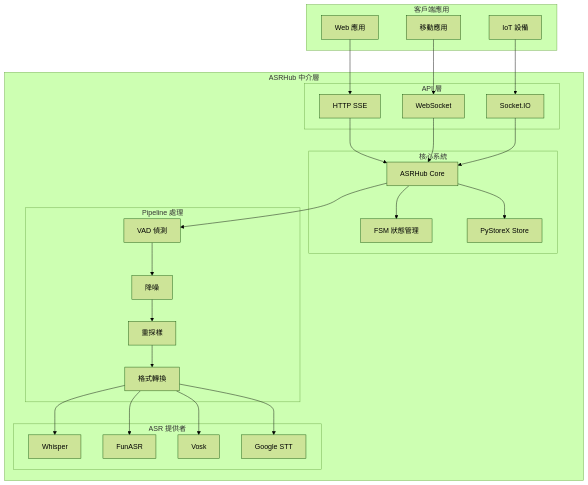
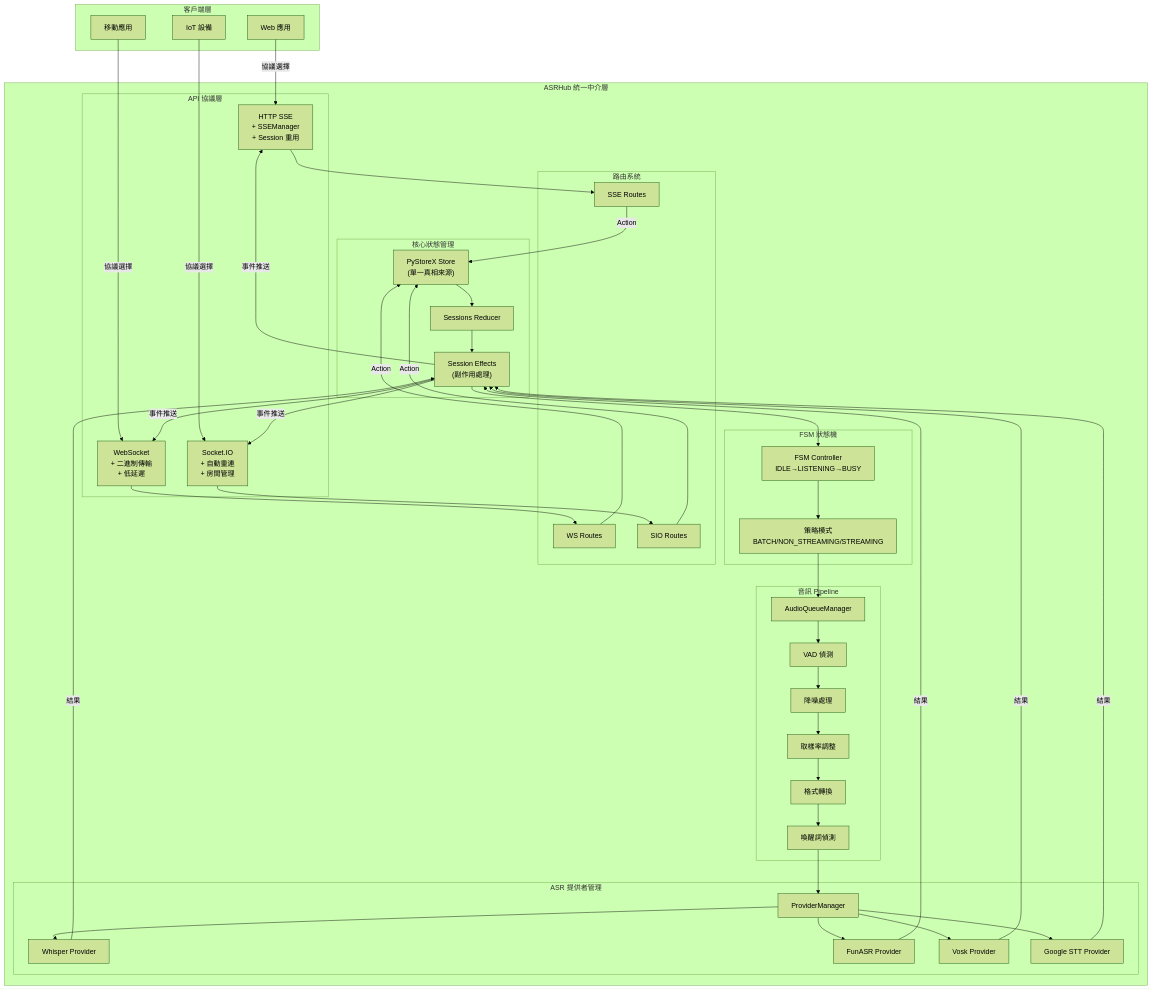
Before and after one commit to JonesHong/ASRHub: the diagram in README.md, drawn with Mermaid (forest theme). The commit also changed other lines of this file and 1 other file, not shown here.

````diff
--- a/README.md
+++ b/README.md
@@ -61,57 +72,90 @@
 ```mermaid
 graph TB
-    subgraph "客戶端應用"
+    subgraph "客戶端層"
         WEB[Web 應用]
         MOBILE[移動應用]
         IOT[IoT 設備]
     end
     
-    subgraph "ASRHub 中介層"
-        subgraph "API 層"
-            SSE[HTTP SSE]
-            WS[WebSocket]
-            SIO[Socket.IO]
+    subgraph "ASRHub 統一中介層"
+        subgraph "API 協議層"
+            SSE["HTTP SSE<br/>+ SSEManager<br/>+ Session 重用"]
+            WS["WebSocket<br/>+ 二進制傳輸<br/>+ 低延遲"]
+            SIO["Socket.IO<br/>+ 自動重連<br/>+ 房間管理"]
         end
         
-        subgraph "核心系統"
-            CORE[ASRHub Core]
-            FSM[FSM 狀態管理]
-            STORE[PyStoreX Store]
+        subgraph "路由系統"
+            R1[SSE Routes]
+            R2[WS Routes]
+            R3[SIO Routes]
         end
         
-        subgraph "Pipeline 處理"
-            VAD[VAD 偵測]
-            DENOISE[降噪]
-            RESAMPLE[重採樣]
-            FORMAT[格式轉換]
+        subgraph "核心狀態管理"
+            STORE["PyStoreX Store<br/>(單一真相來源)"]
+            REDUCER[Sessions Reducer]
+            EFFECTS["Session Effects<br/>(副作用處理)"]
         end
         
-        subgraph "ASR 提供者"
-            WHISPER[Whisper]
-            FUNASR[FunASR]
-            VOSK[Vosk]
-            GOOGLE[Google STT]
+        subgraph "FSM 狀態機"
+            FSM["FSM Controller<br/>IDLE→LISTENING→BUSY"]
+            STRATEGY["策略模式<br/>BATCH/NON_STREAMING/STREAMING"]
+        end
+        
+        subgraph "音訊 Pipeline"
+            QUEUE[AudioQueueManager]
+            VAD[VAD 偵測]
+            DENOISE[降噪處理]
+            RESAMPLE[取樣率調整]
+            FORMAT[格式轉換]
+            WAKEWORD[喚醒詞偵測]
+        end
+        
+        subgraph "ASR 提供者管理"
+            PM[ProviderManager]
+            WHISPER[Whisper Provider]
+            FUNASR[FunASR Provider]
+            VOSK[Vosk Provider]
+            GOOGLE[Google STT Provider]
         end
     end
     
-    WEB --> SSE
-    MOBILE --> WS
-    IOT --> SIO
+    WEB -->|協議選擇| SSE
+    MOBILE -->|協議選擇| WS
+    IOT -->|協議選擇| SIO
     
-    SSE --> CORE
-    WS --> CORE
-    SIO --> CORE
+    SSE --> R1
+    WS --> R2
+    SIO --> R3
     
-    CORE --> FSM
-    CORE --> STORE
-    CORE --> VAD
+    R1 -->|Action| STORE
+    R2 -->|Action| STORE
+    R3 -->|Action| STORE
     
+    STORE --> REDUCER
+    REDUCER --> EFFECTS
+    EFFECTS --> FSM
+    
+    FSM --> STRATEGY
+    STRATEGY --> QUEUE
+    
+    QUEUE --> VAD
     VAD --> DENOISE
     DENOISE --> RESAMPLE
     RESAMPLE --> FORMAT
+    FORMAT --> WAKEWORD
     
-    FORMAT --> WHISPER
-    FORMAT --> FUNASR
-    FORMAT --> VOSK
-    FORMAT --> GOOGLE
+    WAKEWORD --> PM
+    PM --> WHISPER
+    PM --> FUNASR
+    PM --> VOSK
+    PM --> GOOGLE
+    
+    WHISPER -->|結果| EFFECTS
+    FUNASR -->|結果| EFFECTS
+    VOSK -->|結果| EFFECTS
+    GOOGLE -->|結果| EFFECTS
+    
+    EFFECTS -->|事件推送| SSE
+    EFFECTS -->|事件推送| WS
+    EFFECTS -->|事件推送| SIO
 ```
````
